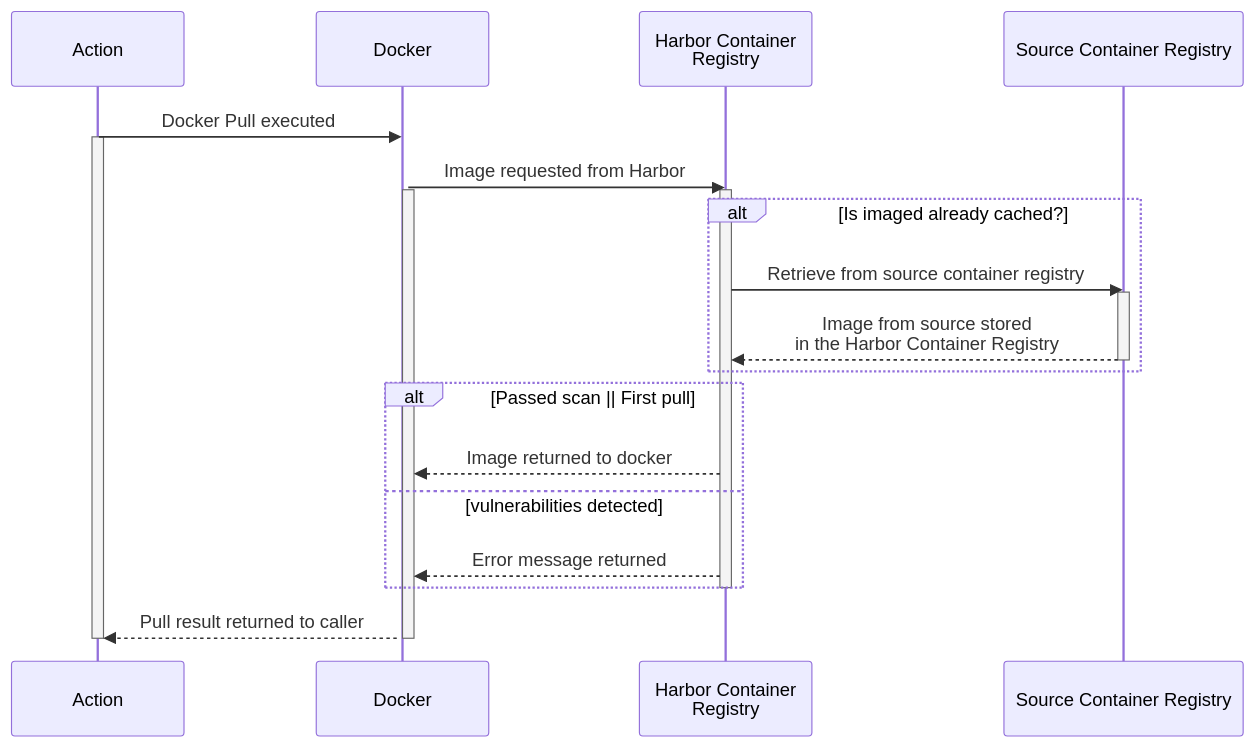
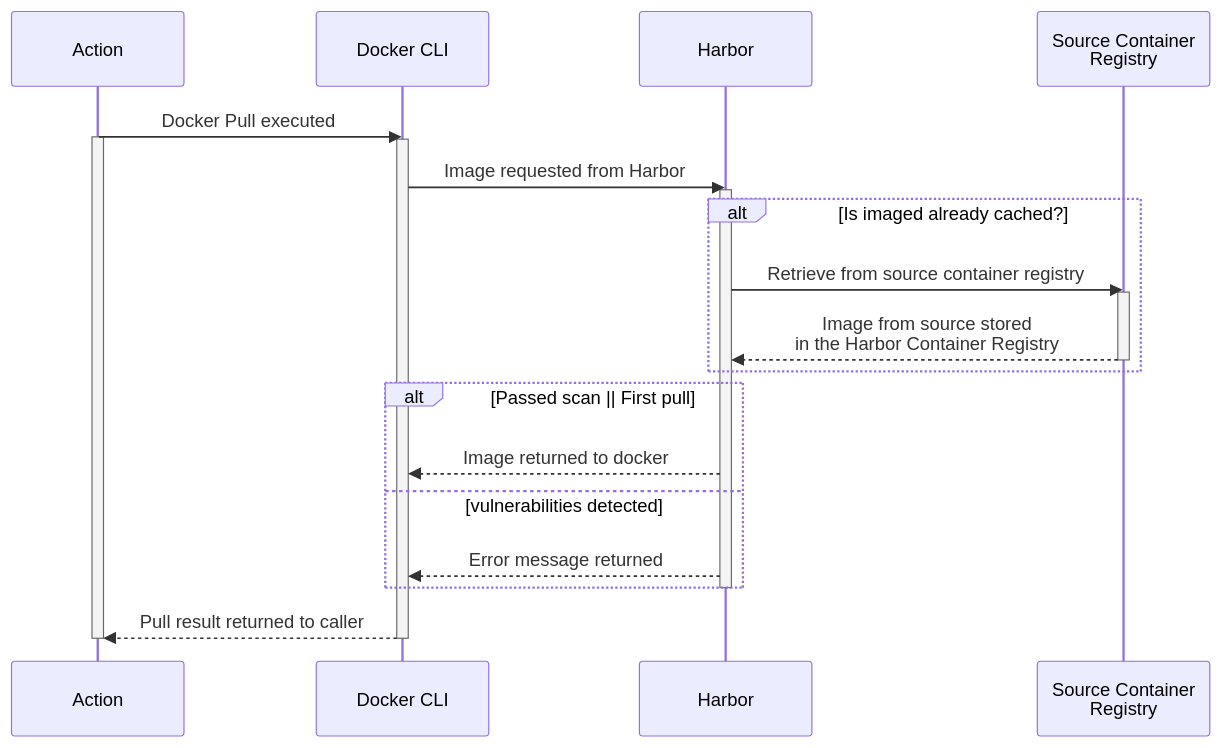
Before and after one commit to retaildevcrews/ngsa-asb: the second of 5 diagrams in spikes/harbor/harborflows.md, drawn with Mermaid. The commit also changed other lines of this file, not shown here.

Commit message:
Fixed bugs in edits

````diff
--- a/spikes/harbor/harborflows.md
+++ b/spikes/harbor/harborflows.md
@@ -36,30 +36,29 @@
 ```mermaid
 sequenceDiagram
     participant action  as Action 
-    participant docker  as Docker
-    participant harbor  as Harbor Container <br> Registry
-    participant ecr     as Source Container Registry
+    participant docker  as Docker CLI
+    participant harbor  as Harbor
+    participant ecr     as Source Container <br> Registry
 
     action  ->> docker: Docker Pull executed
     activate action
     activate docker
     docker  ->> harbor: Image requested from Harbor
-    activate docker
     activate harbor
     alt Is imaged already cached?
         harbor  ->> ecr: Retrieve from source container registry
         activate ecr
         ecr    -->> harbor: Image from source stored <br> in the Harbor Container Registry
         deactivate ecr
     end
     alt Passed scan || First pull
         harbor -->> docker: Image returned to docker
     else vulnerabilities detected
         harbor -->> docker: Error message returned
     end
     deactivate harbor
     docker -->> action: Pull result returned to caller
     deactivate docker
     deactivate action
     
 ```
````
